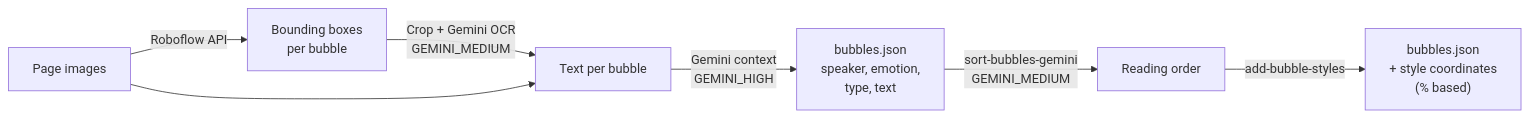
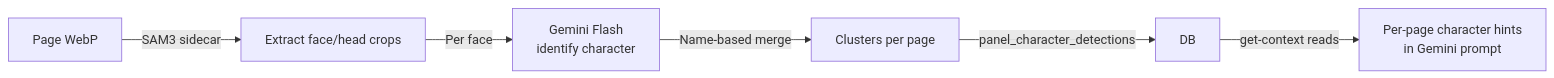
Before and after one commit to dougiefresh49/comic-reader: the second of 2 diagrams in docs/process/pipeline.md, drawn with Mermaid. The commit also changed other lines of this file and 1 other file, not shown here.

````diff
--- a/docs/process/pipeline.md
+++ b/docs/process/pipeline.md
@@ -109,9 +135,8 @@
 ```mermaid
 flowchart LR
-    A[Page images] -->|Roboflow API| B[Bounding boxes\nper bubble]
-    B -->|Crop + Gemini OCR\nGEMINI_MEDIUM| C[Text per bubble]
-    A --> C
-    C -->|Gemini context\nGEMINI_HIGH| D["bubbles.json\nspeaker, emotion,\ntype, text"]
-    D -->|sort-bubbles-gemini\nGEMINI_MEDIUM| E[Reading order]
-    E -->|add-bubble-styles| F["bubbles.json\n+ style coordinates\n(% based)"]
+    A[Page WebP] -->|SAM3 sidecar| B[Extract face/head crops]
+    B -->|Per face| C[Gemini Flash\nidentify character]
+    C -->|Name-based merge| D[Clusters per page]
+    D -->|panel_character_detections| E[DB]
+    E -->|get-context reads| F[Per-page character hints\nin Gemini prompt]
 ```
````
